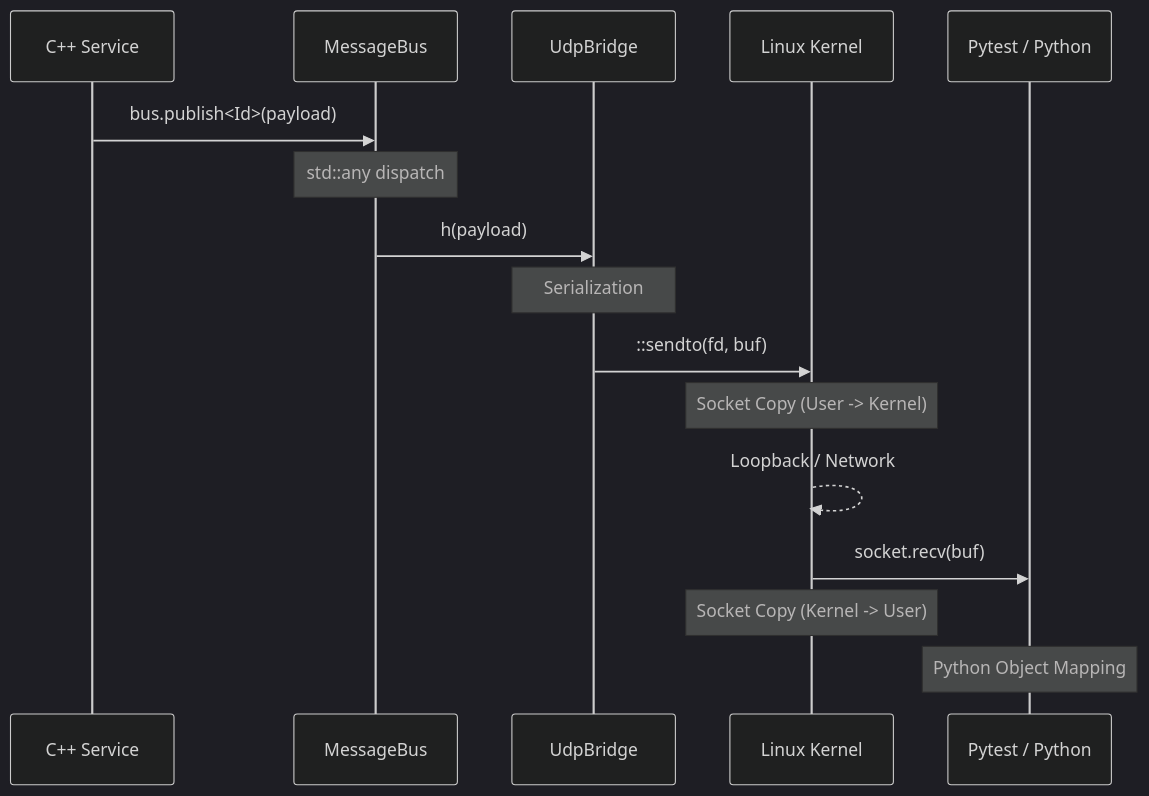
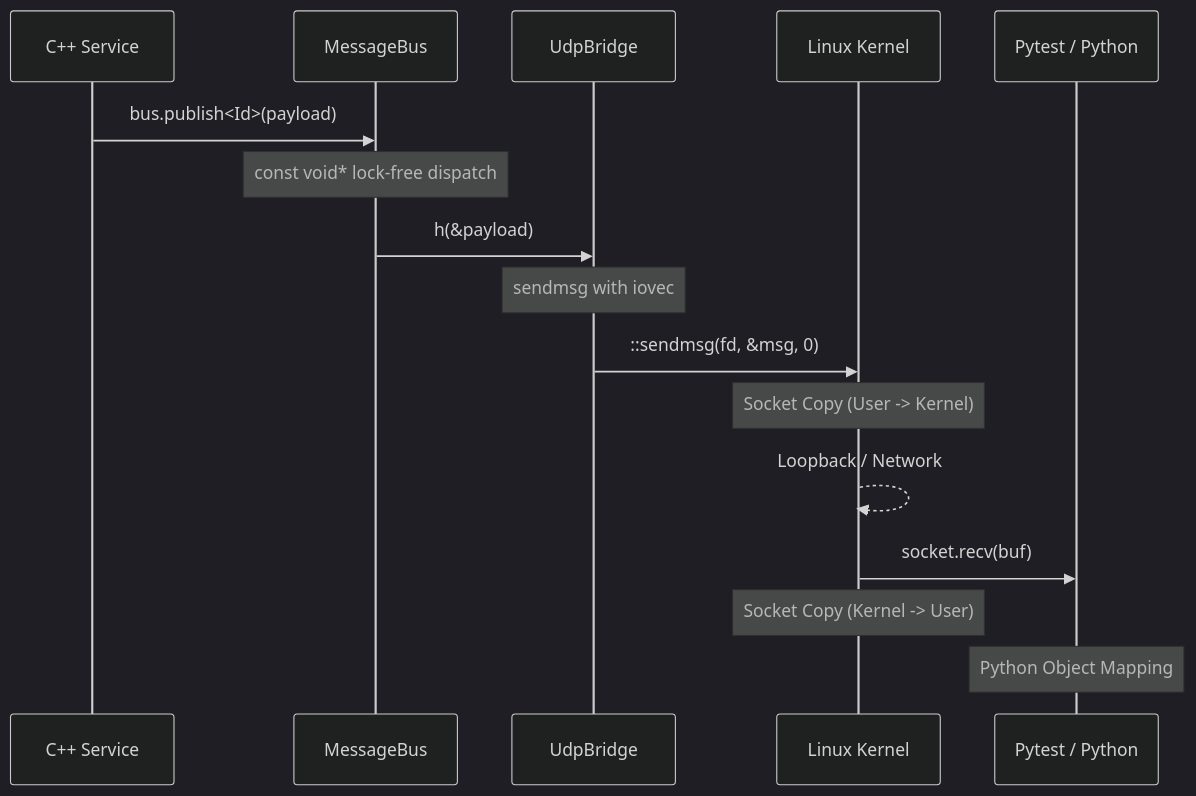
The diagram in doc/arch/message_hub.md (AxelBjork/reflect_pytest), drawn with Mermaid (dark theme) before and after one commit. The commit also changed other lines of this file and 9 other files, not shown here.

````diff
--- a/doc/arch/message_hub.md
+++ b/doc/arch/message_hub.md
@@ -9,19 +9,19 @@
 ```mermaid
 sequenceDiagram
     participant C as C++ Service
     participant B as MessageBus
     participant U as UdpBridge
     participant K as Linux Kernel
     participant P as Pytest / Python
 
     C->>B: bus.publish<Id>(payload)
-    Note over B: std::any dispatch
-    B->>U: h(payload)
-    Note over U: Serialization
-    U->>K: ::sendto(fd, buf)
+    Note over B: const void* lock-free dispatch
+    B->>U: h(&payload)
+    Note over U: sendmsg with iovec
+    U->>K: ::sendmsg(fd, &msg, 0)
     Note over K: Socket Copy (User -> Kernel)
     K-->>K: Loopback / Network
     K->>P: socket.recv(buf)
     Note over K: Socket Copy (Kernel -> User)
     Note over P: Python Object Mapping
 ```
````
